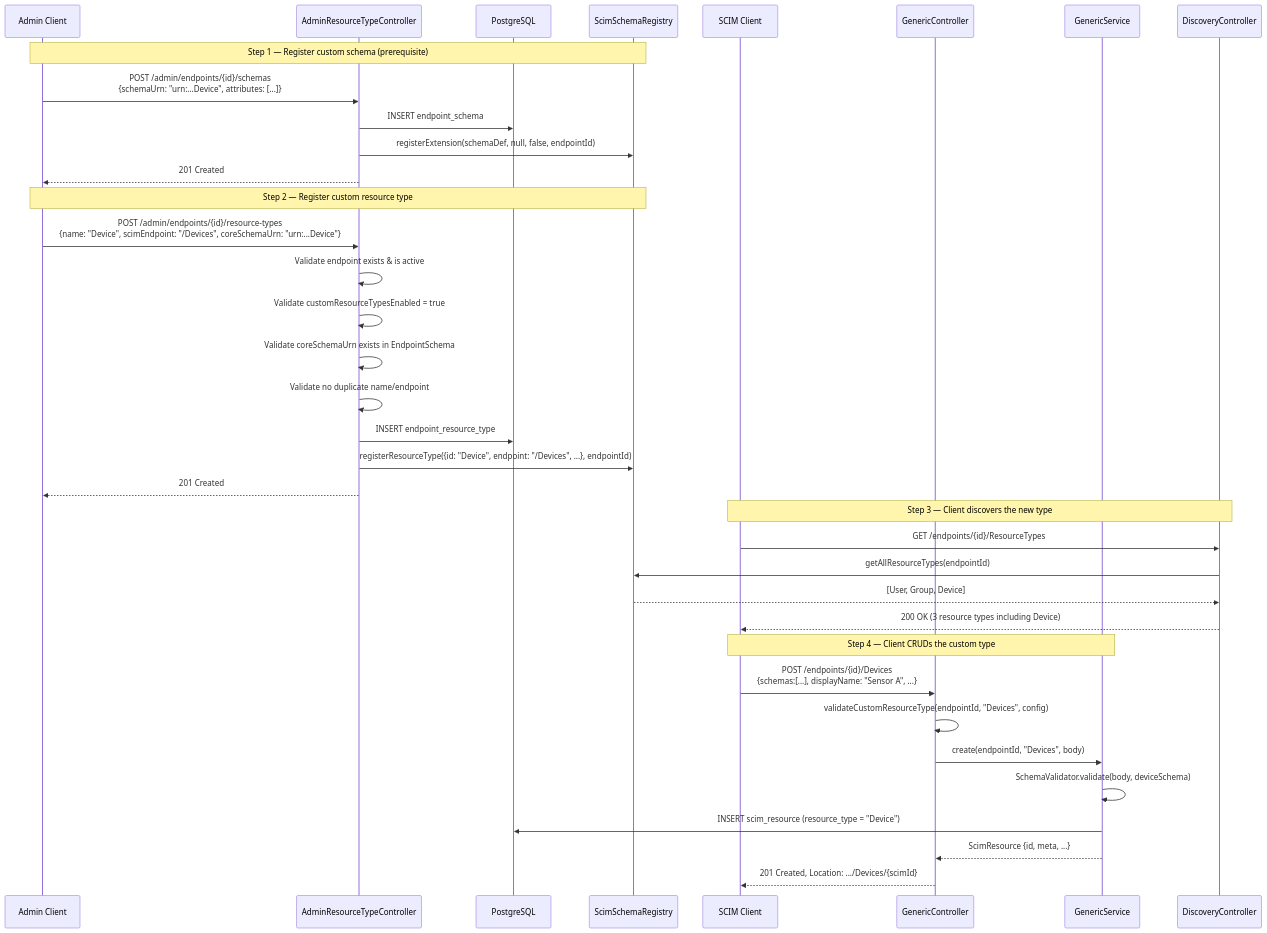
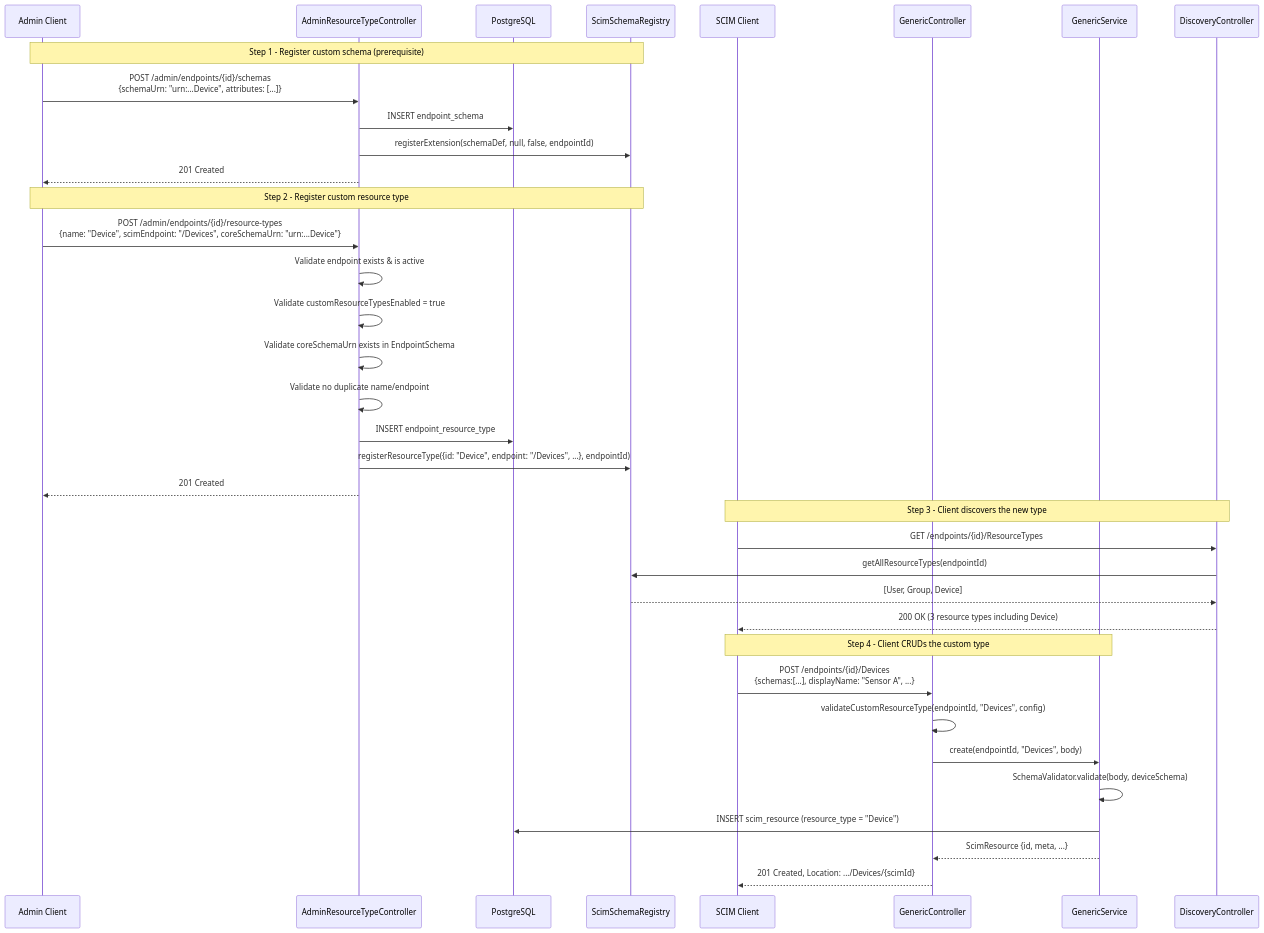
Before and after one commit to pranems/SCIMServer: diagram 14 of 23 in docs/archive/MIGRATION_PLAN_CURRENT_TO_IDEAL_v3_2026-02-20.md, drawn with Mermaid. The commit also changed other lines of this file and 337 other files, not shown here.

````diff
--- a/docs/archive/MIGRATION_PLAN_CURRENT_TO_IDEAL_v3_2026-02-20.md
+++ b/docs/archive/MIGRATION_PLAN_CURRENT_TO_IDEAL_v3_2026-02-20.md
@@ -2954,42 +2954,42 @@
 ```mermaid
 sequenceDiagram
     participant ADM as Admin Client
     participant AC as AdminResourceTypeController
     participant DB as PostgreSQL
     participant REG as ScimSchemaRegistry
     participant CLI as SCIM Client
     participant GC as GenericController
     participant GS as GenericService
     participant DISC as DiscoveryController
 
-    Note over ADM,REG: Step 1 — Register custom schema (prerequisite)
+    Note over ADM,REG: Step 1 - Register custom schema (prerequisite)
     ADM->>AC: POST /admin/endpoints/{id}/schemas<br/>{schemaUrn: "urn:...Device", attributes: [...]}
     AC->>DB: INSERT endpoint_schema
     AC->>REG: registerExtension(schemaDef, null, false, endpointId)
     AC-->>ADM: 201 Created
 
-    Note over ADM,REG: Step 2 — Register custom resource type
+    Note over ADM,REG: Step 2 - Register custom resource type
     ADM->>AC: POST /admin/endpoints/{id}/resource-types<br/>{name: "Device", scimEndpoint: "/Devices", coreSchemaUrn: "urn:...Device"}
     AC->>AC: Validate endpoint exists & is active
     AC->>AC: Validate customResourceTypesEnabled = true
     AC->>AC: Validate coreSchemaUrn exists in EndpointSchema
     AC->>AC: Validate no duplicate name/endpoint
     AC->>DB: INSERT endpoint_resource_type
     AC->>REG: registerResourceType({id: "Device", endpoint: "/Devices", ...}, endpointId)
     AC-->>ADM: 201 Created
 
-    Note over CLI,DISC: Step 3 — Client discovers the new type
+    Note over CLI,DISC: Step 3 - Client discovers the new type
     CLI->>DISC: GET /endpoints/{id}/ResourceTypes
     DISC->>REG: getAllResourceTypes(endpointId)
     REG-->>DISC: [User, Group, Device]
     DISC-->>CLI: 200 OK (3 resource types including Device)
 
-    Note over CLI,GS: Step 4 — Client CRUDs the custom type
+    Note over CLI,GS: Step 4 - Client CRUDs the custom type
     CLI->>GC: POST /endpoints/{id}/Devices<br/>{schemas:[...], displayName: "Sensor A", ...}
     GC->>GC: validateCustomResourceType(endpointId, "Devices", config)
     GC->>GS: create(endpointId, "Devices", body)
     GS->>GS: SchemaValidator.validate(body, deviceSchema)
     GS->>DB: INSERT scim_resource (resource_type = "Device")
     GS-->>GC: ScimResource {id, meta, ...}
     GC-->>CLI: 201 Created, Location: .../Devices/{scimId}
 ```
````
